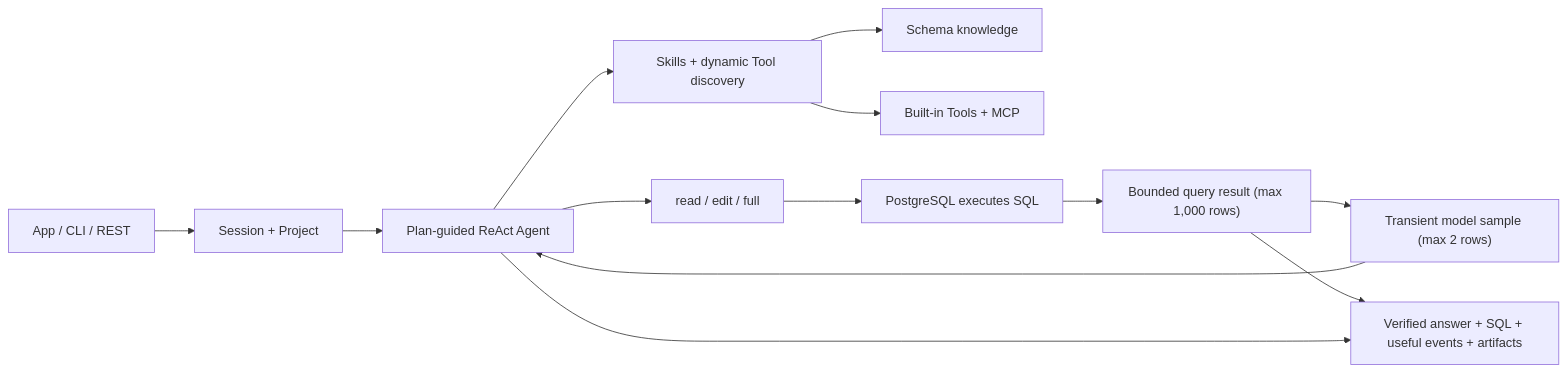
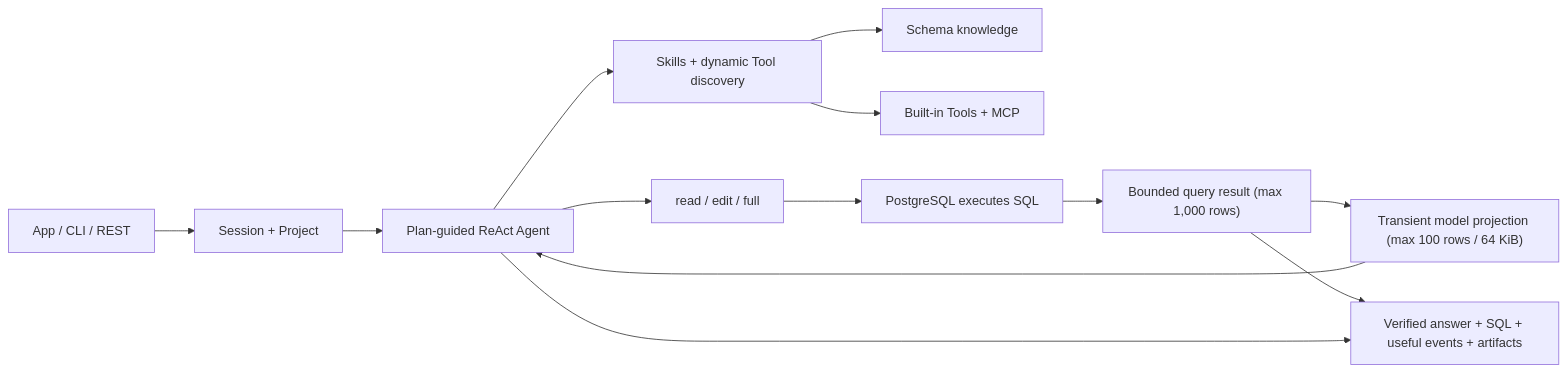
Before and after one commit to SylvanasW1ndrunner/Nexus: the diagram in README.md, drawn with Mermaid. The commit also changed other lines of this file and 63 other files, not shown here.

Commit message:
fix: improve agent convergence, schema freshness, and packaging

````diff
--- a/README.md
+++ b/README.md
@@ -43,15 +43,15 @@
 ```mermaid
 flowchart LR
     User["App / CLI / REST"] --> Session["Session + Project"]
     Session --> Agent["Plan-guided ReAct Agent"]
     Agent --> Discover["Skills + dynamic Tool discovery"]
     Discover --> Knowledge["Schema knowledge"]
     Discover --> Extensions["Built-in Tools + MCP"]
     Agent --> Policy["read / edit / full"]
     Policy --> PostgreSQL["PostgreSQL executes SQL"]
     PostgreSQL --> Results["Bounded query result (max 1,000 rows)"]
-    Results --> Preview["Transient model sample (max 2 rows)"]
+    Results --> Preview["Transient model projection (max 100 rows / 64 KiB)"]
     Preview --> Agent
     Results --> Output["Separate result payload"]
     Agent --> Output["Verified answer + SQL + useful events + artifacts"]
 ```
````
